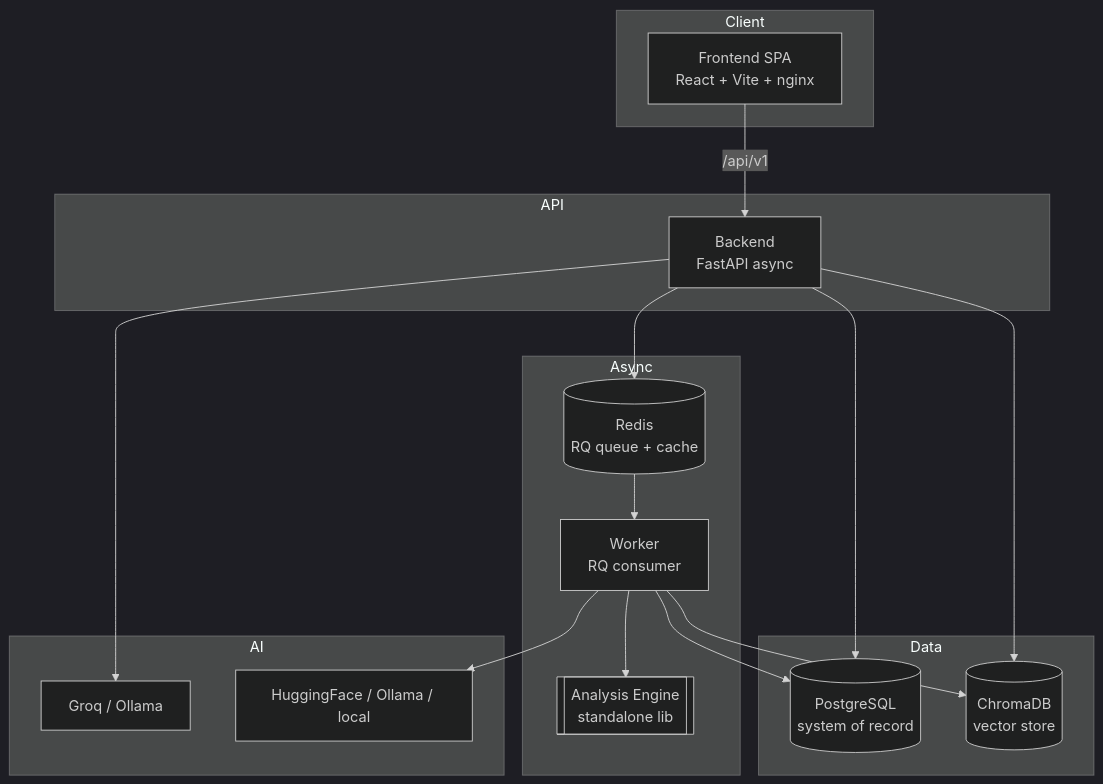
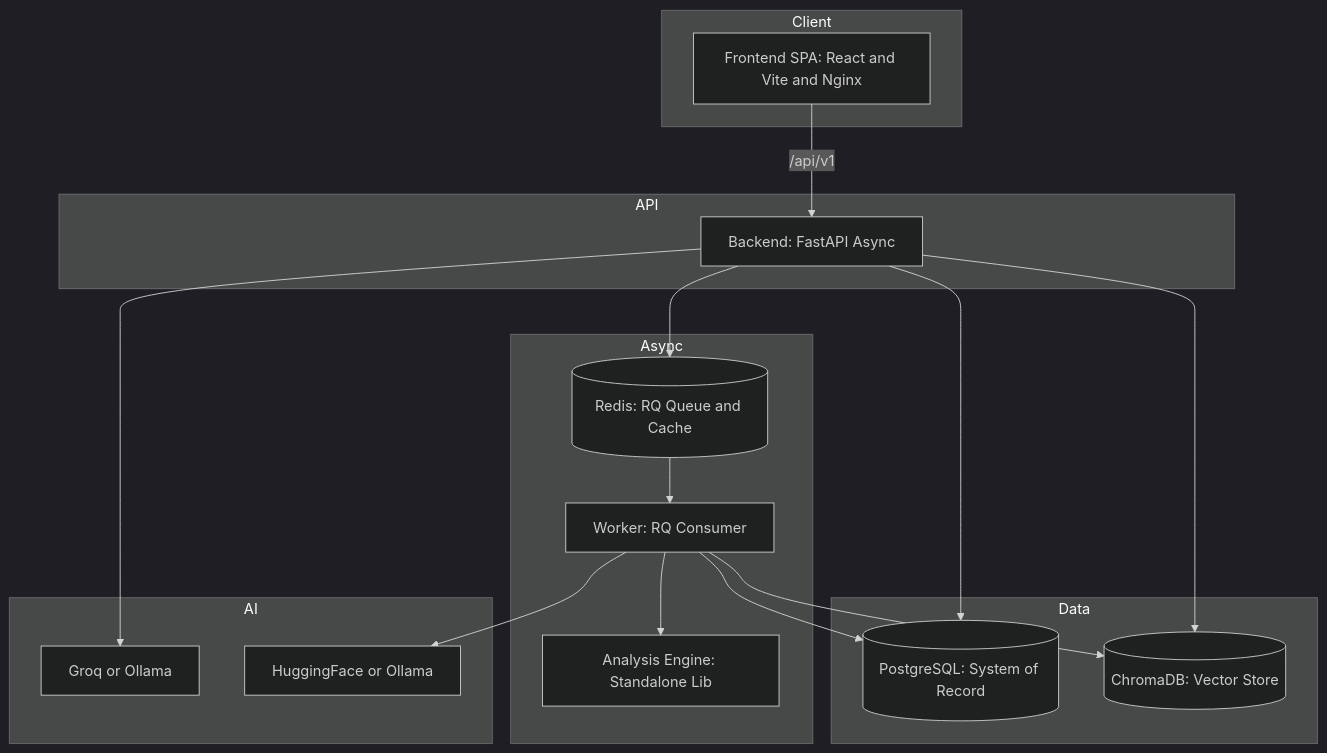
The diagram in docs/overview/architecture-summary.md (nikhil-87/CodeSensei), drawn with Mermaid (dark theme) before and after one commit. The commit also changed 25 other files, not shown here.

Commit message:
docs: initialize comprehensive technical documentation, architecture diagrams, and verification guides in vault and docs directories

````diff
--- a/docs/overview/architecture-summary.md
+++ b/docs/overview/architecture-summary.md
@@ -9,33 +9,33 @@
 ```mermaid
 flowchart TB
   subgraph Client
-    FE[Frontend SPA<br/>React + Vite + nginx]
+    FE[Frontend SPA: React and Vite and Nginx]
   end
   subgraph API
-    BE[Backend<br/>FastAPI async]
+    BE[Backend: FastAPI Async]
   end
   subgraph Async
-    Q[(Redis<br/>RQ queue + cache)]
-    W[Worker<br/>RQ consumer]
-    AE[[Analysis Engine<br/>standalone lib]]
+    Q[(Redis: RQ Queue and Cache)]
+    W[Worker: RQ Consumer]
+    AE[Analysis Engine: Standalone Lib]
   end
   subgraph Data
-    PG[(PostgreSQL<br/>system of record)]
-    CH[(ChromaDB<br/>vector store)]
+    PG[(PostgreSQL: System of Record)]
+    CH[(ChromaDB: Vector Store)]
   end
   subgraph AI
-    LLM[Groq / Ollama]
-    EMB[HuggingFace / Ollama / local]
+    LLM[Groq or Ollama]
+    EMB[HuggingFace or Ollama]
   end
 
   FE -->|/api/v1| BE
   BE --> PG
   BE --> Q
   BE --> CH
   BE --> LLM
   Q --> W
   W --> AE
   W --> PG
   W --> CH
   W --> EMB
 ```
````
